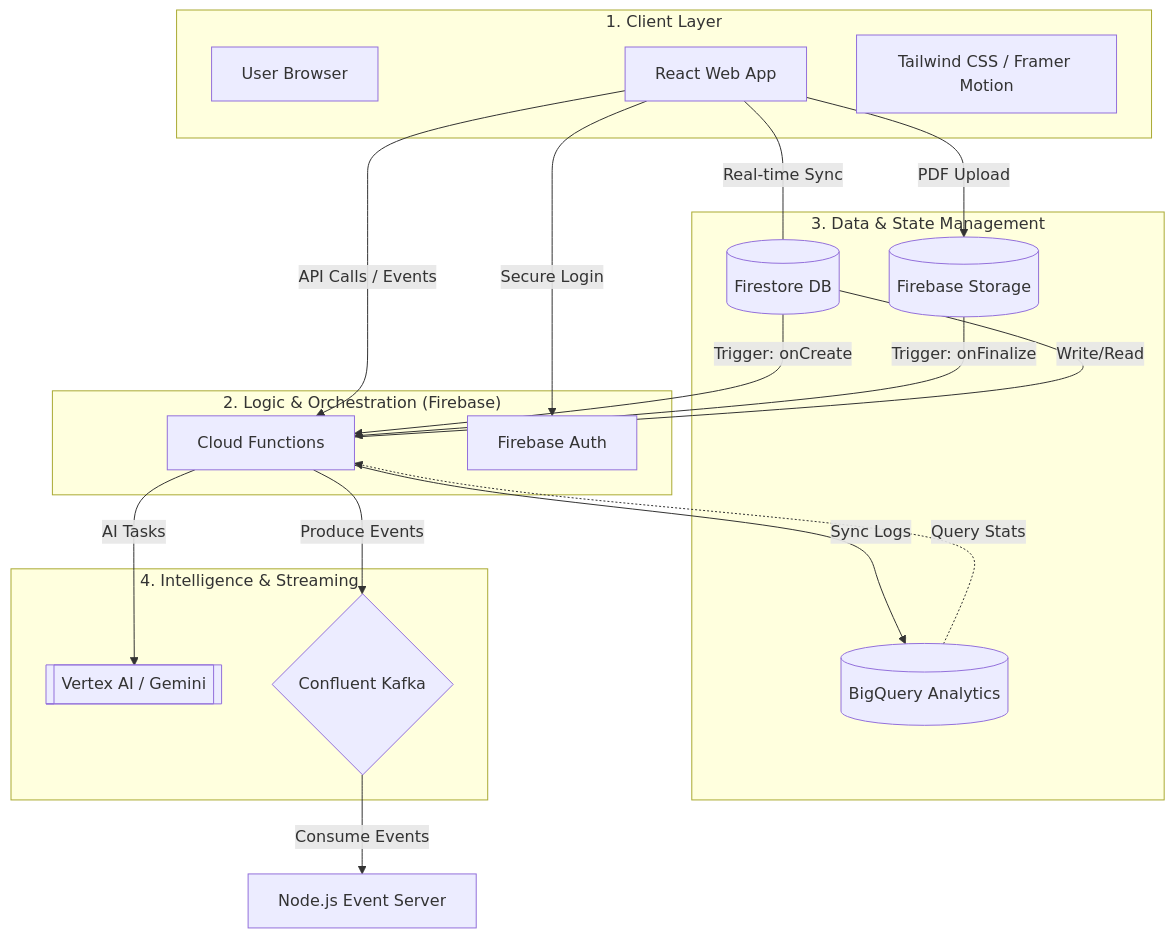
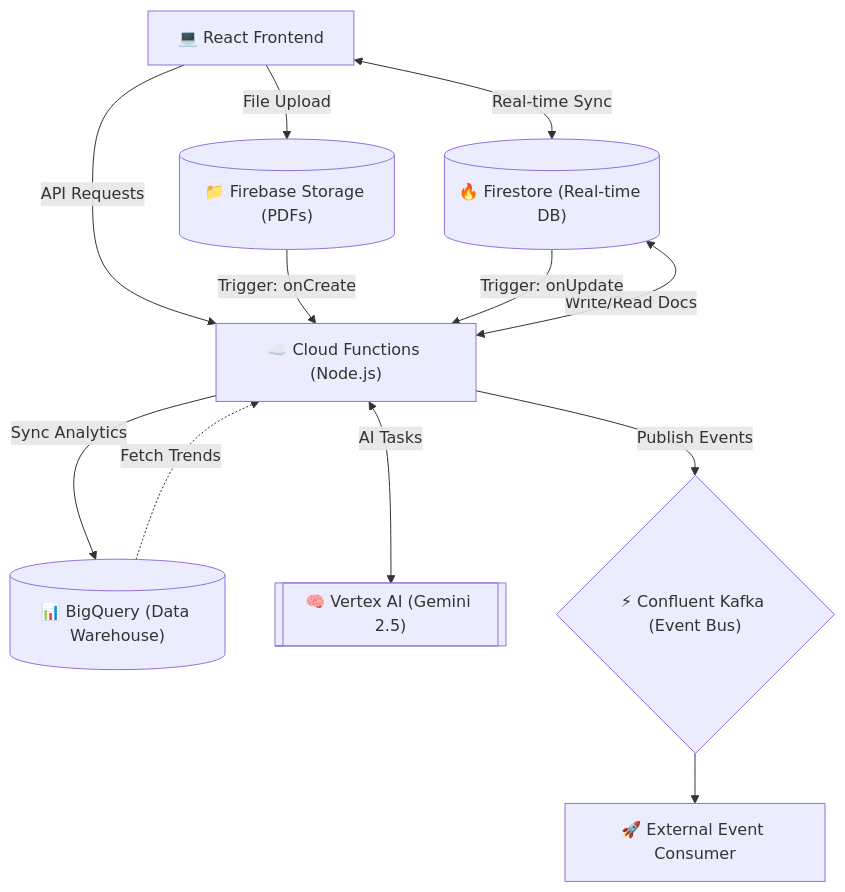
The diagram in ARCHITECTURE.md (Sagar-Singh-Airee/Study-Gloqe), drawn with Mermaid before and after one commit.

Commit message:
Better achitecuture

````diff
--- a/ARCHITECTURE.md
+++ b/ARCHITECTURE.md
@@ -9,41 +9,27 @@
 ```mermaid
 graph TD
-    subgraph "1. Client Layer"
-        User[User Browser]
-        App[React Web App]
-        Style[Tailwind CSS / Framer Motion]
-    end
+    %% Define Nodes
+    Frontend["💻 React Frontend"]
+    CF["☁️ Cloud Functions (Node.js)"]
+    FS[("🔥 Firestore (Real-time DB)")]
+    BQ[("📊 BigQuery (Data Warehouse)")]
+    VAI[["🧠 Vertex AI (Gemini 2.5)"]]
+    Kafka{"⚡ Confluent Kafka (Event Bus)"}
+    Storage[("📁 Firebase Storage (PDFs)")]
 
-    subgraph "2. Logic & Orchestration (Firebase)"
-        CF[Cloud Functions]
-        Auth[Firebase Auth]
-    end
+    %% Connections
+    Frontend <-->|Real-time Sync| FS
+    Frontend -->|API Requests| CF
+    Frontend -->|File Upload| Storage
 
-    subgraph "3. Data & State Management"
-        FS[(Firestore DB)]
-        BQ[(BigQuery Analytics)]
-        STG[(Firebase Storage)]
-    end
+    CF <-->|Write/Read Docs| FS
+    CF -->|Sync Analytics| BQ
+    CF <-->|AI Tasks| VAI
+    CF -->|Publish Events| Kafka
 
-    subgraph "4. Intelligence & Streaming"
-        VAI[[Vertex AI / Gemini]]
-        CK{Confluent Kafka}
-    end
+    Storage -- "Trigger: onCreate" --> CF
+    FS -- "Trigger: onUpdate" --> CF
 
-    %% Interactions
-    App ---|Real-time Sync| FS
-    App -->|Secure Login| Auth
-    App -->|API Calls / Events| CF
-    App -->|PDF Upload| STG
-    
-    CF ---|Write/Read| FS
-    CF -->|Sync Logs| BQ
-    CF -->|AI Tasks| VAI
-    CF -->|Produce Events| CK
-    
-    FS -->|Trigger: onCreate| CF
-    STG -->|Trigger: onFinalize| CF
-    
-    BQ -.->|Query Stats| CF
-    CK -->|Consume Events| ExtServer[Node.js Event Server]
+    Kafka --> Consumer["🚀 External Event Consumer"]
+    BQ -.->|Fetch Trends| CF
 ```
````
